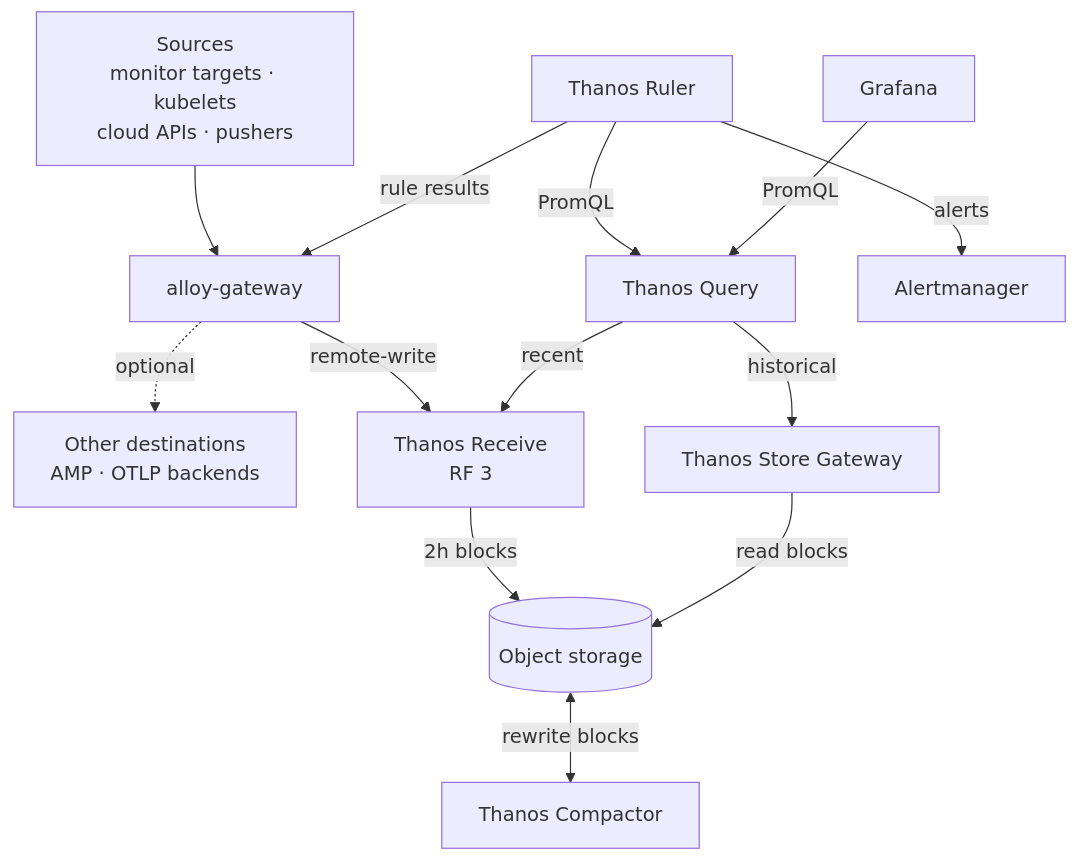
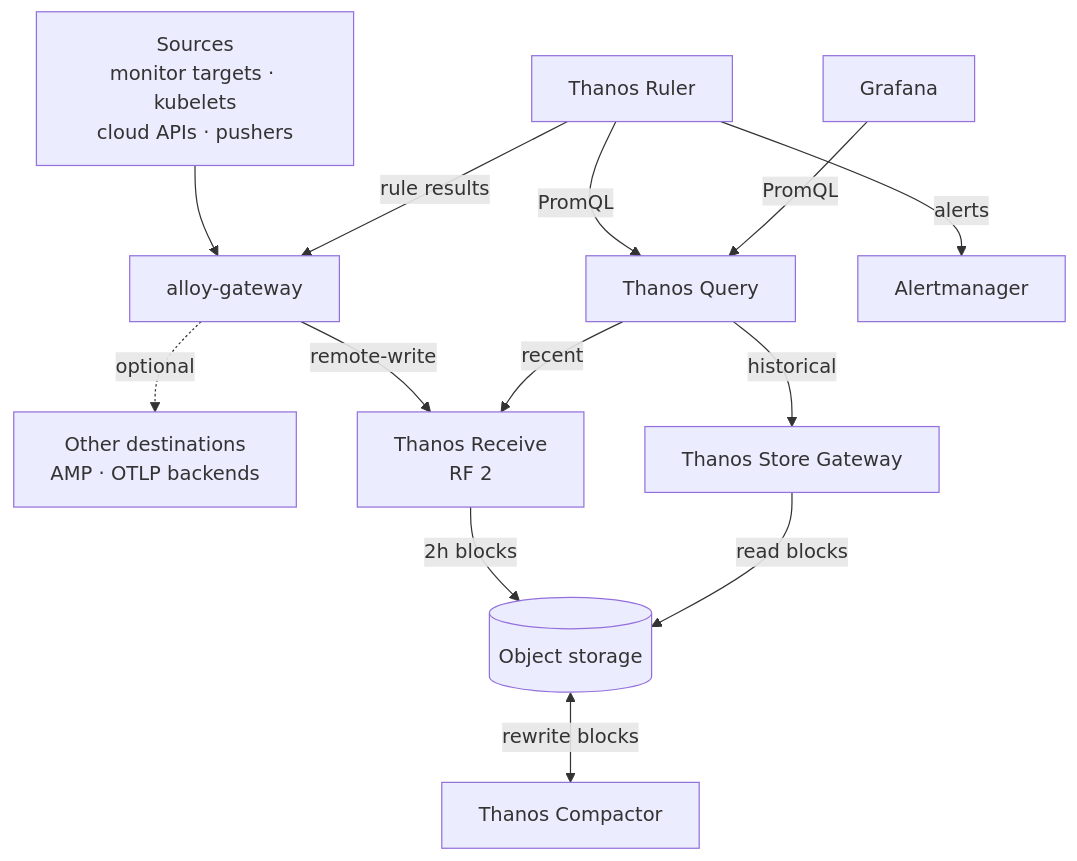
The first of 6 diagrams in docs/content/metrics/architecture.md (MaterializeInc/materialize-monitoring), drawn with Mermaid before and after one commit. The commit also changed other lines of this file and 24 other files, not shown here.

First line of the commit message:
Default Thanos Receive to replication factor 2

````diff
--- a/docs/content/metrics/architecture.md
+++ b/docs/content/metrics/architecture.md
@@ -32,27 +32,27 @@
 ```mermaid
 flowchart TB
   src["Sources<br/>monitor targets · kubelets<br/>cloud APIs · pushers"]
   graf["Grafana"]
   ruler["Thanos Ruler"]
   gw["alloy-gateway"]
   query["Thanos Query"]
   am["Alertmanager"]
   other["Other destinations<br/>AMP · OTLP backends"]
-  recv["Thanos Receive<br/>RF 3"]
+  recv["Thanos Receive<br/>RF 2"]
   sg["Thanos Store Gateway"]
   bucket[("Object storage")]
   comp["Thanos Compactor"]
 
   src --> gw
   ruler -->|"rule results"| gw
   ruler -->|"PromQL"| query
   ruler -->|"alerts"| am
   graf -->|"PromQL"| query
   gw -.->|"optional"| other
   gw -->|"remote-write"| recv
   query -->|"recent"| recv
   query -->|"historical"| sg
   recv -->|"2h blocks"| bucket
   sg -->|"read blocks"| bucket
   bucket <-->|"rewrite blocks"| comp
 ```
````
